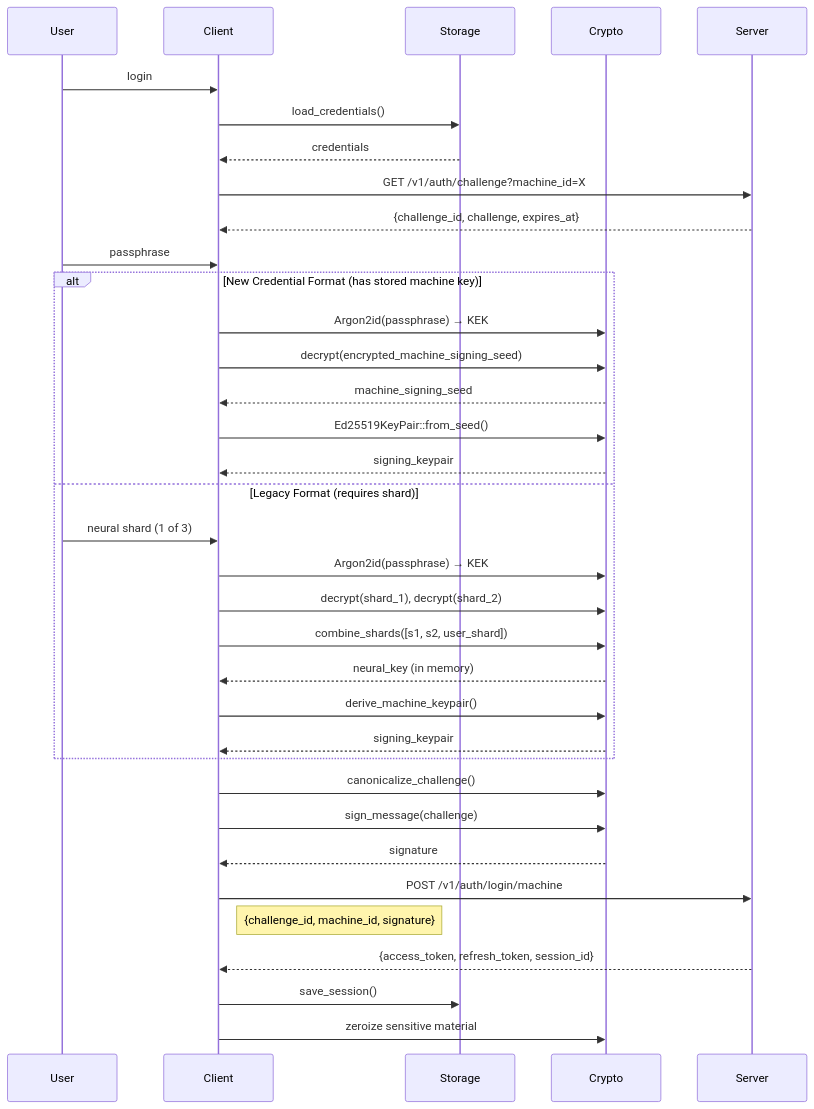
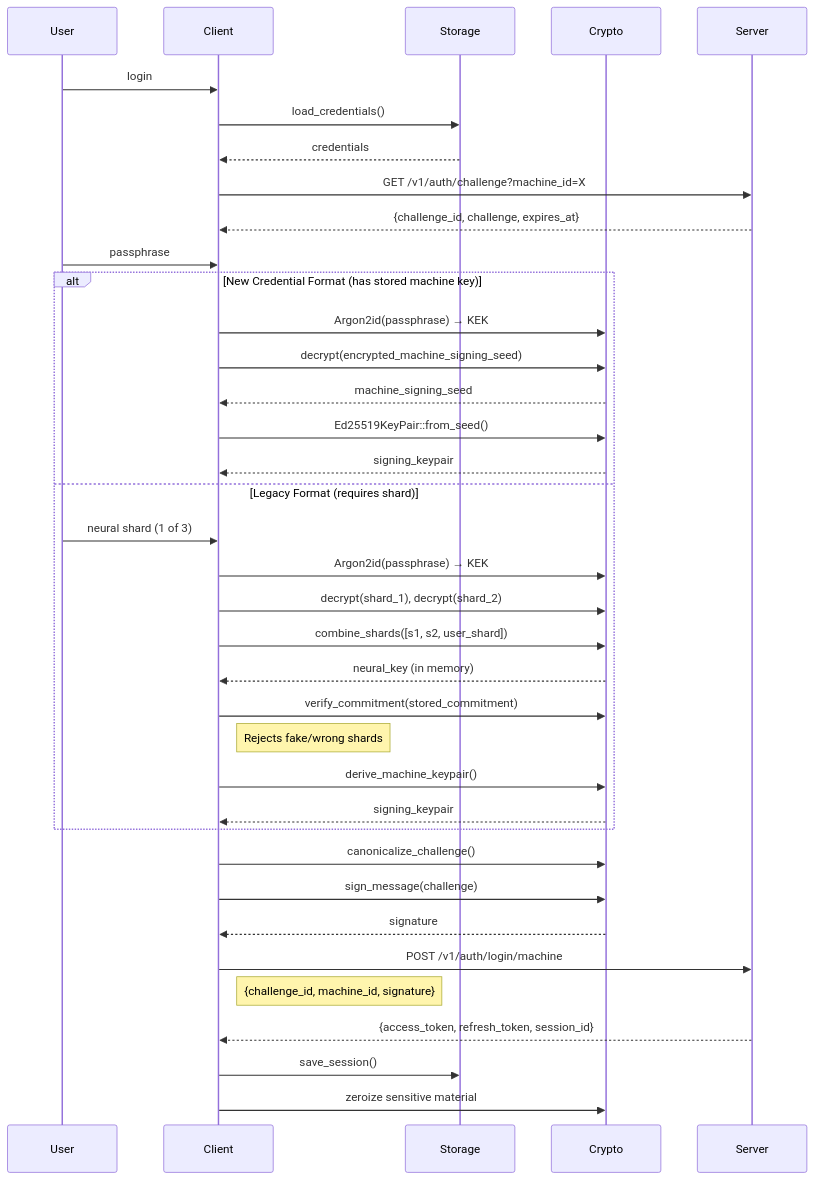
Before and after one commit to cypher-asi/zero-auth: the fifth of 7 diagrams in docs/spec/v0.1/09-client.md, drawn with Mermaid. The commit also changed other lines of this file, not shown here.

Commit message:
docs: add commitment verification to client flow diagrams

````diff
--- a/docs/spec/v0.1/09-client.md
+++ b/docs/spec/v0.1/09-client.md
@@ -298,45 +301,47 @@
 ```mermaid
 sequenceDiagram
     participant User
     participant Client
     participant Storage
     participant Crypto
     participant Server
     
     User->>Client: login
     
     Client->>Storage: load_credentials()
     Storage-->>Client: credentials
     
     Client->>Server: GET /v1/auth/challenge?machine_id=X
     Server-->>Client: {challenge_id, challenge, expires_at}
     
     User->>Client: passphrase
     
     alt New Credential Format (has stored machine key)
         Client->>Crypto: Argon2id(passphrase) → KEK
         Client->>Crypto: decrypt(encrypted_machine_signing_seed)
         Crypto-->>Client: machine_signing_seed
         Client->>Crypto: Ed25519KeyPair::from_seed()
         Crypto-->>Client: signing_keypair
     else Legacy Format (requires shard)
         User->>Client: neural shard (1 of 3)
         Client->>Crypto: Argon2id(passphrase) → KEK
         Client->>Crypto: decrypt(shard_1), decrypt(shard_2)
         Client->>Crypto: combine_shards([s1, s2, user_shard])
         Crypto-->>Client: neural_key (in memory)
+        Client->>Crypto: verify_commitment(stored_commitment)
+        Note right of Client: Rejects fake/wrong shards
         Client->>Crypto: derive_machine_keypair()
         Crypto-->>Client: signing_keypair
     end
     
     Client->>Crypto: canonicalize_challenge()
     Client->>Crypto: sign_message(challenge)
     Crypto-->>Client: signature
     
     Client->>Server: POST /v1/auth/login/machine
     Note right of Client: {challenge_id, machine_id, signature}
     Server-->>Client: {access_token, refresh_token, session_id}
     
     Client->>Storage: save_session()
     Client->>Crypto: zeroize sensitive material
 ```
````
